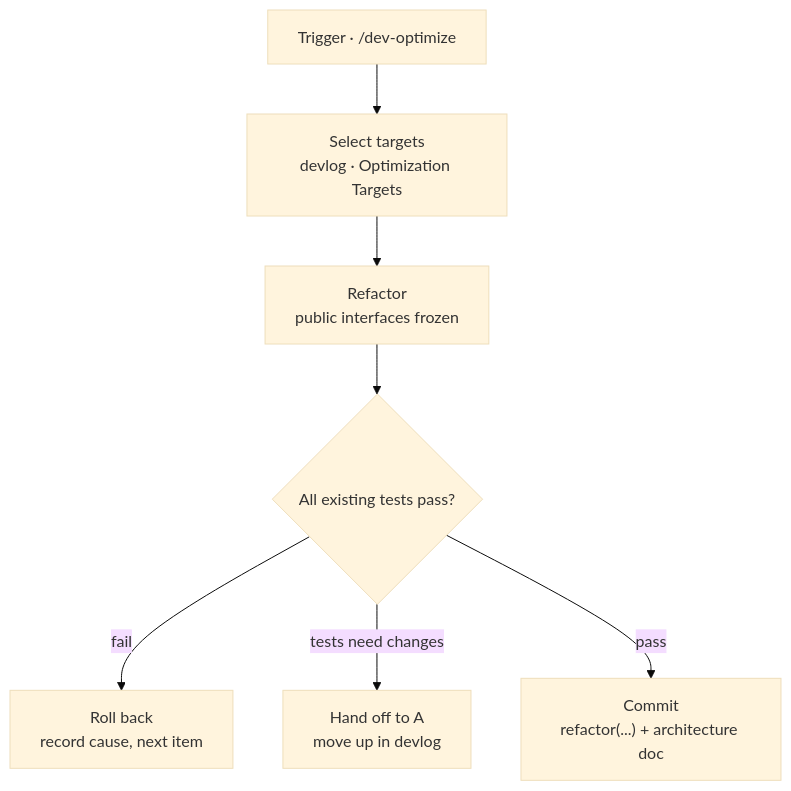
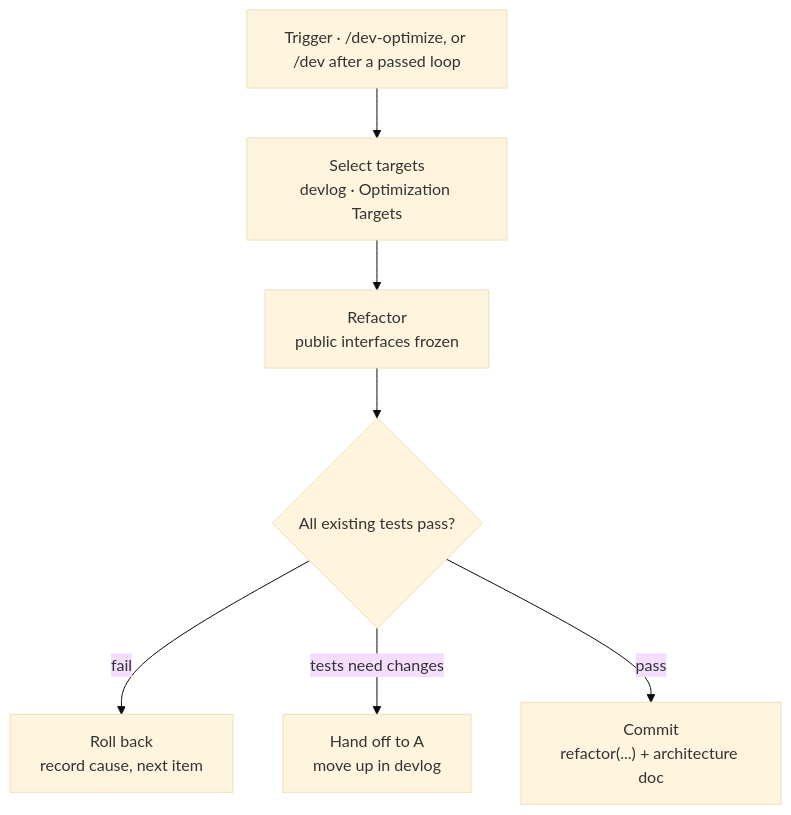
Before and after one commit to qkrwhdah03/work-pipeline: the second of 2 diagrams in dev/docs/design.md, drawn with Mermaid (base theme). The commit also changed other lines of this file and 17 other files, not shown here.

````diff
--- a/dev/docs/design.md
+++ b/dev/docs/design.md
@@ -142,9 +146,9 @@
 ```mermaid
 flowchart TD
-    TR["Trigger · /dev-optimize"] --> SEL["Select targets<br/>devlog · Optimization Targets"]
+    TR["Trigger · /dev-optimize, or /dev after a passed loop"] --> SEL["Select targets<br/>devlog · Optimization Targets"]
     SEL --> RF["Refactor<br/>public interfaces frozen"]
     RF --> Q{All existing tests pass?}
     Q -->|fail| RB["Roll back<br/>record cause, next item"]
     Q -->|"tests need changes"| HO["Hand off to A<br/>move up in devlog"]
     Q -->|pass| CM["Commit<br/>refactor(...) + architecture doc"]
 ```
````
